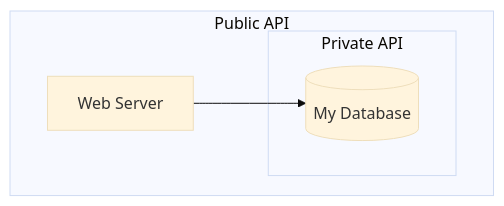
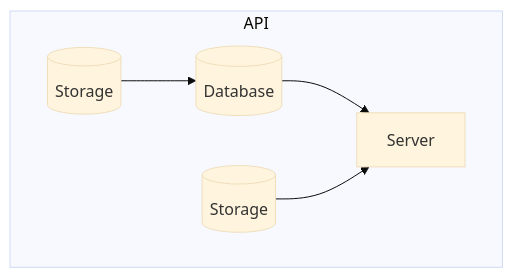
Before and after one commit to teachingai/full-stack-skills: the second of 16 diagrams in skills/mermaid/examples/architecture.md, drawn with Mermaid (base theme). The commit also changed other lines of this file and 21 other files, not shown here.

First line of the commit message:
docs(mermaid): 更新架构、块、C4和类图示例文档

````diff
--- a/skills/mermaid/examples/architecture.md
+++ b/skills/mermaid/examples/architecture.md
@@ -38,10 +41,12 @@
 ```mermaid
 flowchart TD
-    subgraph PublicAPI["Public API"]
-        subgraph PrivateAPI["Private API"]
-            Database[(My Database)]
-        end
-        Server[Web Server]
+    subgraph API["API"]
+        DB[(Database)]
+        Disk1[(Storage)]
+        Disk2[(Storage)]
+        Server[Server]
     end
-    Server --> Database
+    DB --> Server
+    Disk1 --> Server
+    Disk2 --> DB
 ```
````
